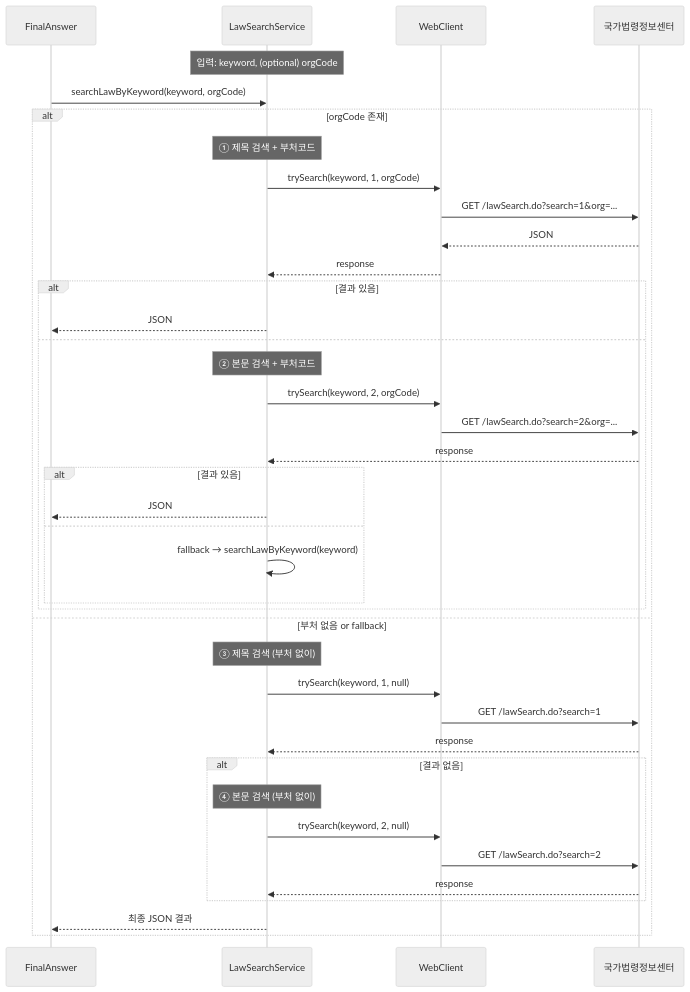
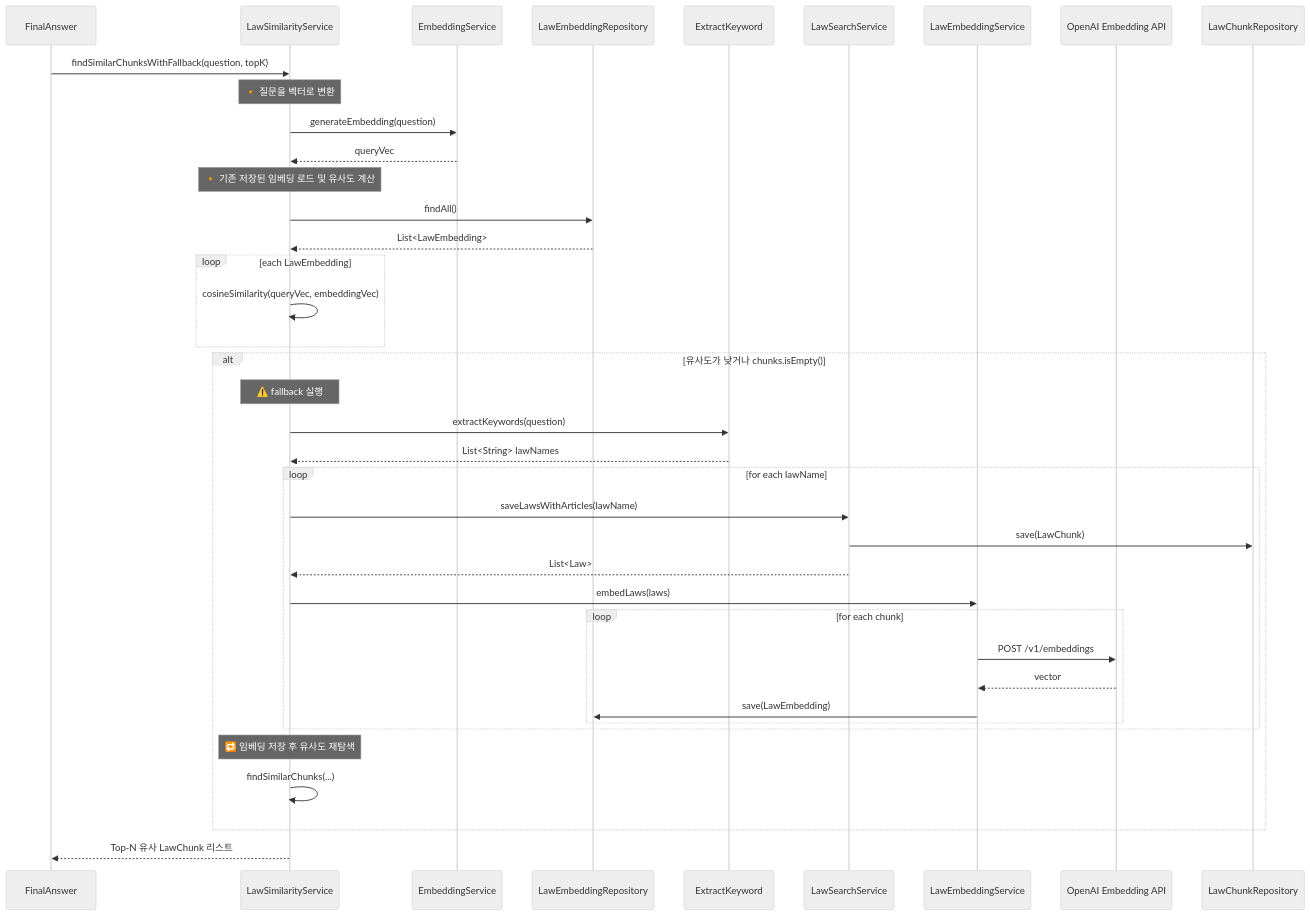
Before and after one commit to ranpia/MoleLaw_backend: diagram 13 of 17 in README.md, drawn with Mermaid (neutral theme). The commit also changed other lines of this file and 9 other files, not shown here.

Commit message:
readme: 클래스다이어그램 사진 첨부 - 시퀀스 다이어그램 정리

````diff
--- a/README.md
+++ b/README.md
@@ -359,47 +535,52 @@
 ```mermaid
 sequenceDiagram
   participant FinalAnswer
+  participant LawSimilarityService
+  participant EmbeddingService
+  participant LawEmbeddingRepository
+  participant ExtractKeyword
   participant LawSearchService
-  participant WebClient
-  participant OpenLawAPI as 국가법령정보센터
+  participant LawEmbeddingService
+  participant OpenAI Embedding API
+  participant LawChunkRepository
 
-  Note over LawSearchService: 입력: keyword, (optional) orgCode
+  FinalAnswer->>LawSimilarityService: findSimilarChunksWithFallback(question, topK)
 
-  FinalAnswer->>LawSearchService: searchLawByKeyword(keyword, orgCode)
+  Note over LawSimilarityService: 🔸 질문을 벡터로 변환
+  LawSimilarityService->>EmbeddingService: generateEmbedding(question)
+  EmbeddingService-->>LawSimilarityService: queryVec
 
-  alt orgCode 존재
-    Note over LawSearchService: ① 제목 검색 + 부처코드
-    LawSearchService->>WebClient: trySearch(keyword, 1, orgCode)
-    WebClient->>OpenLawAPI: GET /lawSearch.do?search=1&org=...
-    OpenLawAPI-->>WebClient: JSON
-    WebClient-->>LawSearchService: response
-    alt 결과 있음
-      LawSearchService-->>FinalAnswer: JSON
-    else
-      Note over LawSearchService: ② 본문 검색 + 부처코드
-      LawSearchService->>WebClient: trySearch(keyword, 2, orgCode)
-      WebClient->>OpenLawAPI: GET /lawSearch.do?search=2&org=...
-      OpenLawAPI-->>LawSearchService: response
-      alt 결과 있음
-        LawSearchService-->>FinalAnswer: JSON
-      else
-        LawSearchService->>LawSearchService: fallback → searchLawByKeyword(keyword)
+  Note over LawSimilarityService: 🔸 기존 저장된 임베딩 로드 및 유사도 계산
+  LawSimilarityService->>LawEmbeddingRepository: findAll()
+  LawEmbeddingRepository-->>LawSimilarityService: List<LawEmbedding>
+
+  loop each LawEmbedding
+    LawSimilarityService->>LawSimilarityService: cosineSimilarity(queryVec, embeddingVec)
+  end
+
+  alt 유사도가 낮거나 chunks.isEmpty()
+    Note over LawSimilarityService: ⚠️ fallback 실행
+
+    LawSimilarityService->>ExtractKeyword: extractKeywords(question)
+    ExtractKeyword-->>LawSimilarityService: List<String> lawNames
+
+    loop for each lawName
+      LawSimilarityService->>LawSearchService: saveLawsWithArticles(lawName)
+      LawSearchService->>LawChunkRepository: save(LawChunk)
+      LawSearchService-->>LawSimilarityService: List<Law>
+
+      LawSimilarityService->>LawEmbeddingService: embedLaws(laws)
+      loop for each chunk
+        LawEmbeddingService->>OpenAI Embedding API: POST /v1/embeddings
+        OpenAI Embedding API-->>LawEmbeddingService: vector
+        LawEmbeddingService->>LawEmbeddingRepository: save(LawEmbedding)
       end
     end
-  else 부처 없음 or fallback
-    Note over LawSearchService: ③ 제목 검색 (부처 없이)
-    LawSearchService->>WebClient: trySearch(keyword, 1, null)
-    WebClient->>OpenLawAPI: GET /lawSearch.do?search=1
-    OpenLawAPI-->>LawSearchService: response
 
-    alt 결과 없음
-      Note over LawSearchService: ④ 본문 검색 (부처 없이)
-      LawSearchService->>WebClient: trySearch(keyword, 2, null)
-      WebClient->>OpenLawAPI: GET /lawSearch.do?search=2
-      OpenLawAPI-->>LawSearchService: response
-    end
-
-    LawSearchService-->>FinalAnswer: 최종 JSON 결과
+    Note over LawSimilarityService: 🔁 임베딩 저장 후 유사도 재탐색
+    LawSimilarityService->>LawSimilarityService: findSimilarChunks(...)
   end
 
+  LawSimilarityService-->>FinalAnswer: Top-N 유사 LawChunk 리스트
+
 ```
````
